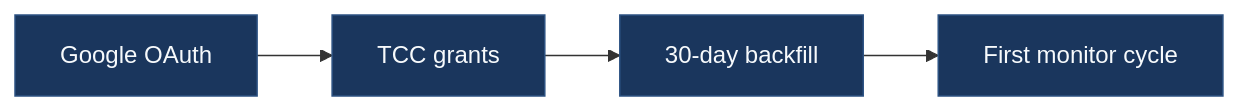
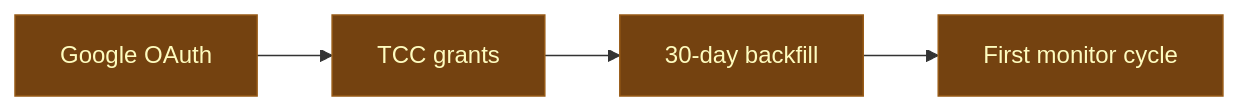
Before and after one commit to dwurtz/lighthouse: the diagram in docs-site/docs/quickstart.md, drawn with Mermaid. The commit also changed other lines of this file and 11 other files, not shown here.

````diff
--- a/docs-site/docs/quickstart.md
+++ b/docs-site/docs/quickstart.md
@@ -14,9 +14,13 @@
 ```mermaid
 flowchart LR
     A[Google OAuth] --> B[TCC grants]
     B --> C[30-day backfill]
     C --> D[First monitor cycle]
 
-    classDef step fill:#1a365d,stroke:#2c5282,color:#f7fafc
-    class A,B,C,D step
+    classDef source  fill:#1a365d,stroke:#2c5282,color:#f7fafc
+    classDef wiki    fill:#22543d,stroke:#2f855a,color:#f7fafc
+    classDef process fill:#744210,stroke:#975a16,color:#fefcbf
+    classDef cos     fill:#975a16,stroke:#d69e2e,color:#fefcbf
+    classDef aside   fill:#3d3d3d,stroke:#555,color:#ccc
+    class A,B,C,D process
 ```
````
